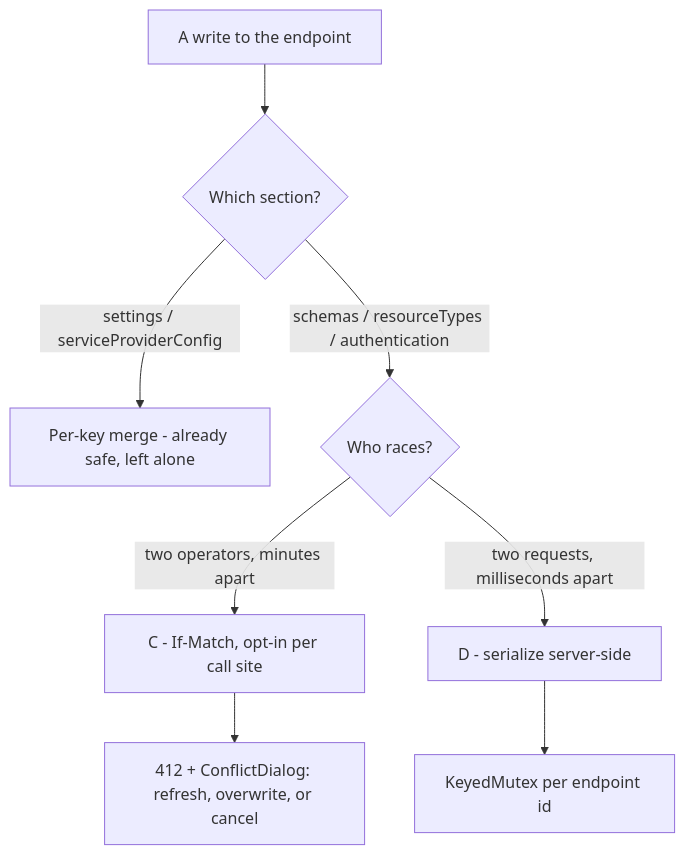
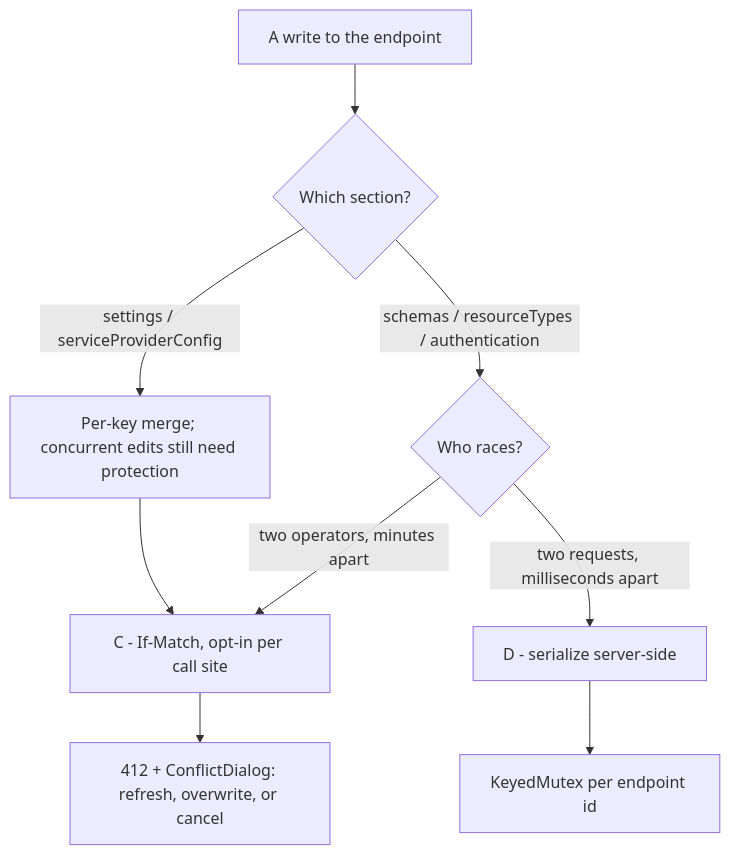
One commit to pranems/SCIMServer changed the first of 2 diagrams in docs/ENDPOINT_WRITE_CONCURRENCY.md. Above: the diagram before and after it, drawn with Mermaid. The commit also changed other lines of this file and 18 other files, not shown here.

````diff
--- a/docs/ENDPOINT_WRITE_CONCURRENCY.md
+++ b/docs/ENDPOINT_WRITE_CONCURRENCY.md
@@ -33,10 +37,11 @@
 ```mermaid
 flowchart TD
   W["A write to the endpoint"] --> Q{"Which section?"}
-  Q -->|"settings / serviceProviderConfig"| M["Per-key merge - already safe, left alone"]
+  Q -->|"settings / serviceProviderConfig"| M["Per-key merge; concurrent edits still need protection"]
   Q -->|"schemas / resourceTypes / authentication"| R{"Who races?"}
   R -->|"two operators, minutes apart"| C["C - If-Match, opt-in per call site"]
   R -->|"two requests, milliseconds apart"| D["D - serialize server-side"]
+  M --> C
   C --> CD["412 + ConflictDialog: refresh, overwrite, or cancel"]
   D --> DL["KeyedMutex per endpoint id"]
 ```
````
